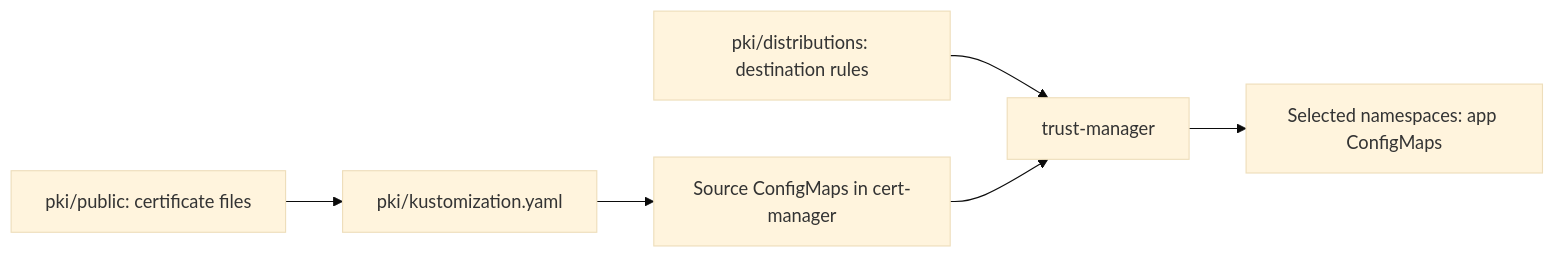
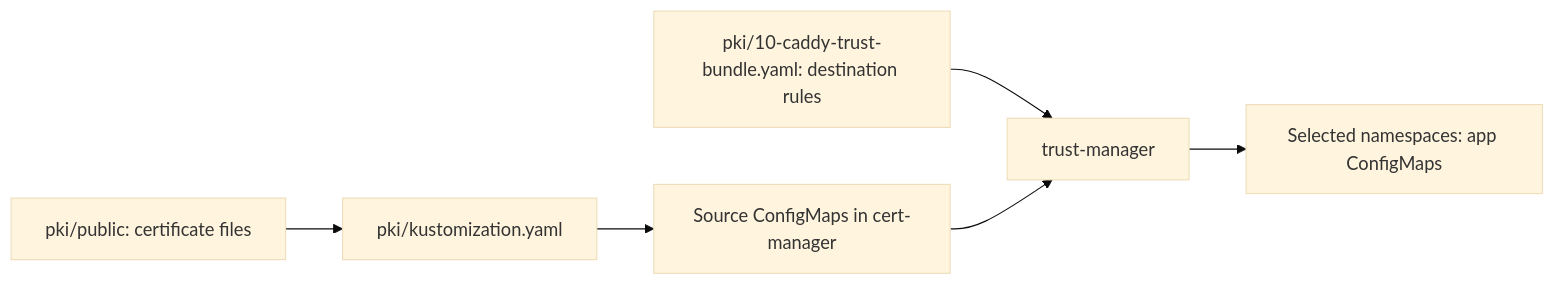
One commit to Quangsumi/k3s-homelab changed the diagram in pki/README.md. Above: the diagram before and after it, drawn with Mermaid (base theme). The commit also changed other lines of this file and 4 other files, not shown here.

Commit message:
Keep Caddy trust distribution rules together in one PKI file

````diff
--- a/pki/README.md
+++ b/pki/README.md
@@ -7,8 +7,8 @@
 ```mermaid
 flowchart LR
   F[pki/public: certificate files] --> K[pki/kustomization.yaml]
   K --> S[Source ConfigMaps in cert-manager]
-  D[pki/distributions: destination rules] --> T[trust-manager]
+  D[pki/10-caddy-trust-bundle.yaml: destination rules] --> T[trust-manager]
   S --> T
   T --> M[Selected namespaces: app ConfigMaps]
 ```
````
